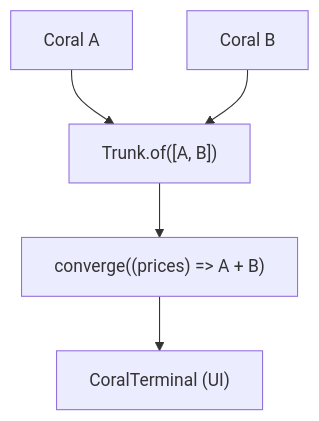
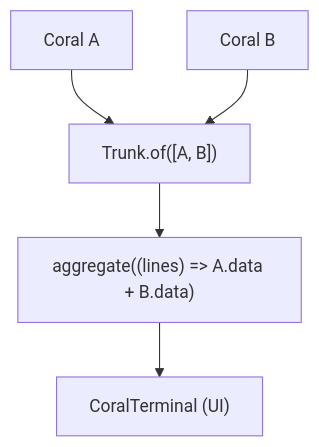
Before and after one commit to pioneerjkf/coralline: the fourth of 6 diagrams in coralline/README.md, drawn with Mermaid. The commit also changed other lines of this file and 47 other files, not shown here.

````diff
--- a/coralline/README.md
+++ b/coralline/README.md
@@ -162,7 +165,7 @@
 ```mermaid
 graph TD
     A["Coral A"] --> T["Trunk.of([A, B])"]
     B["Coral B"] --> T
-    T --> Conv["converge((prices) => A + B)"]
-    Conv --> Term["CoralTerminal (UI)"]
+    T --> Agg["aggregate((lines) => A.data + B.data)"]
+    Agg --> Term["CoralTerminal (UI)"]
 ```
````
